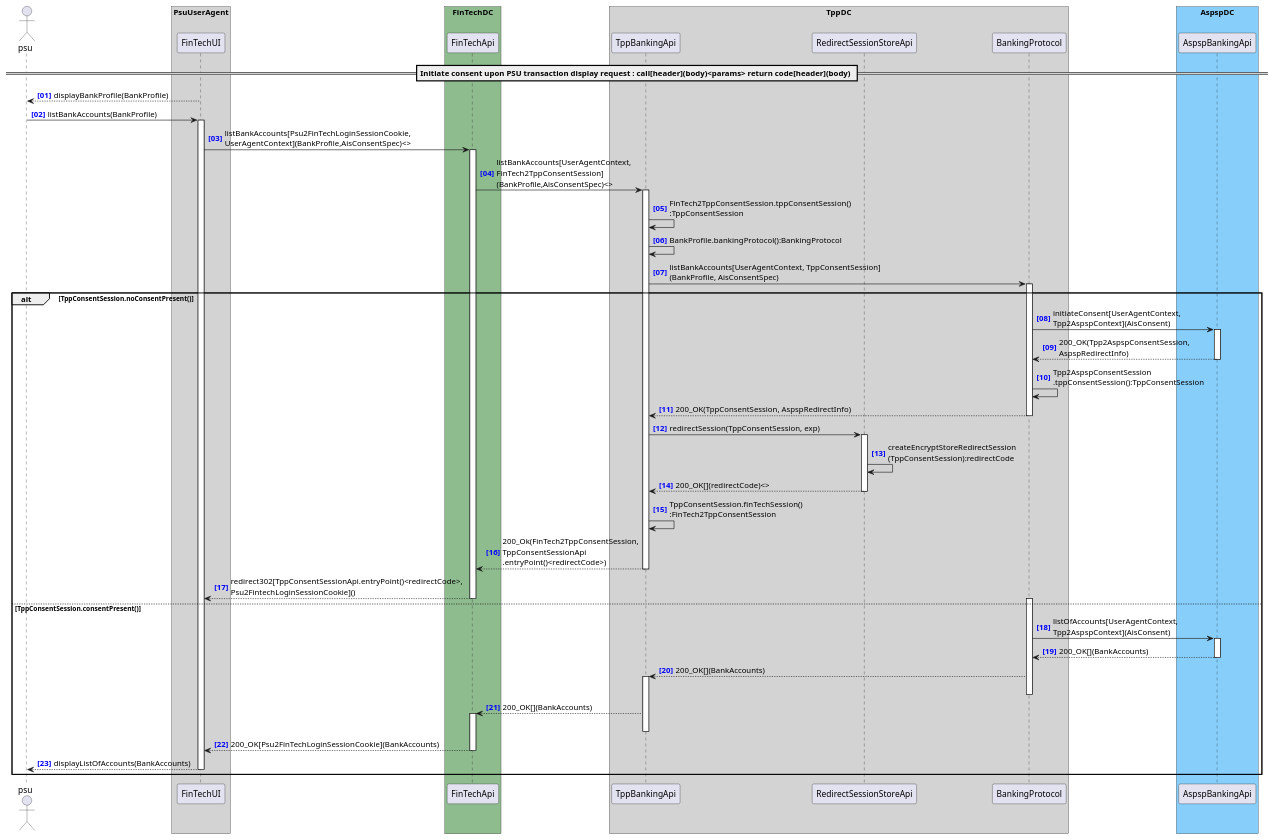
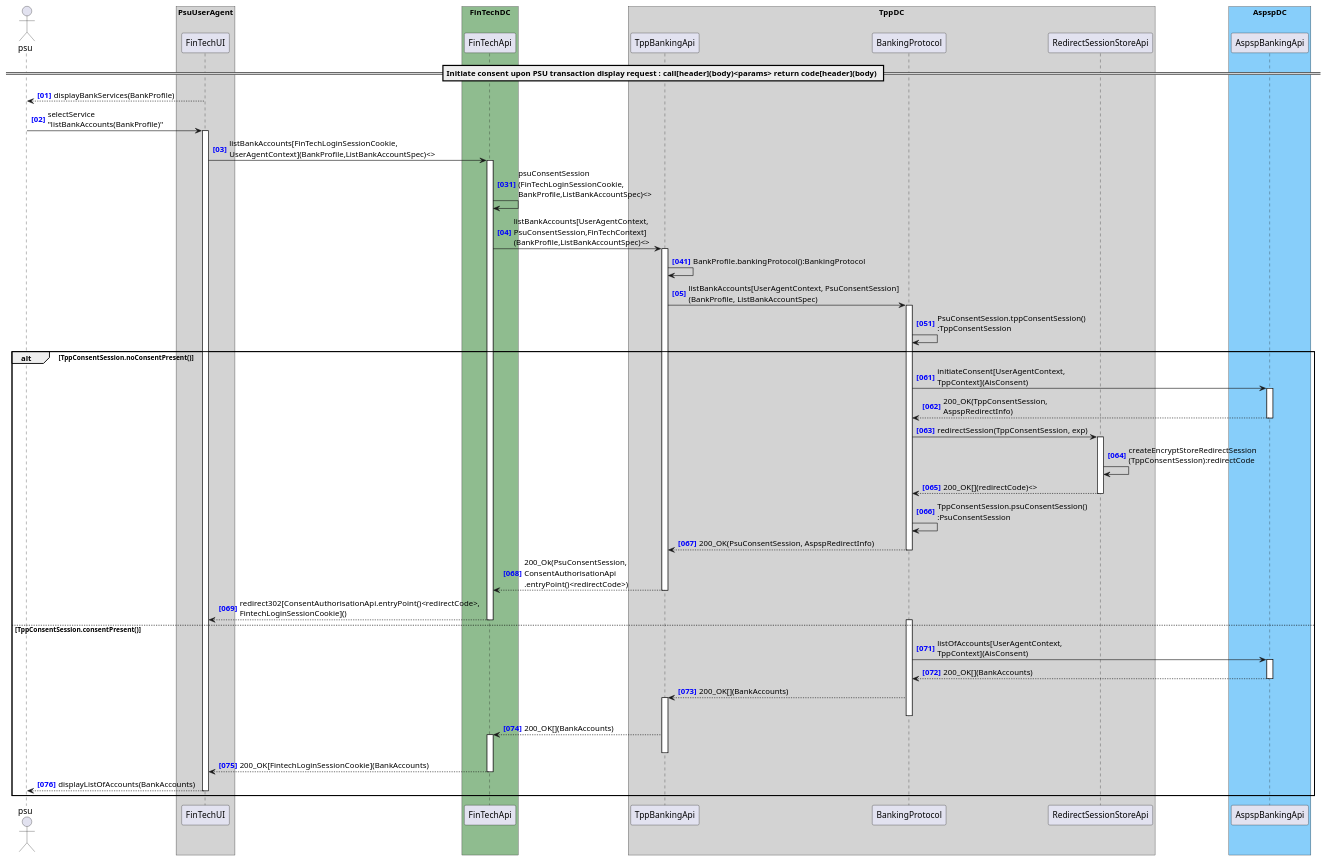
The diagram in docs/architecture/diagrams/useCases/4-initiateAisConsent.puml (adorsys/open-banking-gateway), drawn with PlantUML before and after one commit. The commit also changed 10 other files, not shown here.

```diff
--- a/docs/architecture/diagrams/useCases/4-initiateAisConsent.puml
+++ b/docs/architecture/diagrams/useCases/4-initiateAisConsent.puml
@@ -1,60 +1,67 @@
 @startuml
 
 autonumber "<b><color blue>[00]"
 actor psu
 
 box "PsuUserAgent" #LightGray
     participant "FinTechUI" as FinTechUI
-    'participant "TppConsentSessionUI" as TppConsentSessionUI
-    'participant "AspspConsentSessionUI" as AspspConsentSessionUI
+    'participant "ConsentAuthorisationUI" as ConsentAuthorisationUI
+    'participant "OnlineBankingUI" as OnlineBankingUI
 end box
 box "FinTechDC" #DarkSeaGreen
     participant "FinTechApi" as FinTechApi
 end box
 box "TppDC" #LightGray
     participant "TppBankingApi" as TppBankingApi
     'participant "TppBankSearchApi" as TppBankSearchApi
-    'participant "TppConsentSessionApi" as TppConsentSessionApi
+    'participant "ConsentAuthorisationApi" as ConsentAuthorisationApi
 
+    participant "BankingProtocol" as BankingProtocol
     participant "RedirectSessionStoreApi" as RedirectSessionStoreApi
-    participant "BankingProtocol" as BankingProtocol
 end box
 box "AspspDC" #LightSkyBlue
 	participant "AspspBankingApi" as AspspBankingApi
-    'participant "AspspConsentSessionApi" as AspspConsentSessionApi
+    'participant "OnlineBankingApi" as OnlineBankingApi
 end box
 
 == Initiate consent upon PSU transaction display request : call[header](body)<params> return code[header](body) ==
 
-FinTechUI --> psu : displayBankProfile(BankProfile)
-psu -> FinTechUI ++ : listBankAccounts(BankProfile)
-FinTechUI -> FinTechApi ++ : listBankAccounts[Psu2FinTechLoginSessionCookie,\nUserAgentContext](BankProfile,AisConsentSpec)<>
-FinTechApi -> TppBankingApi ++ : listBankAccounts[UserAgentContext,\nFinTech2TppConsentSession]\n(BankProfile,AisConsentSpec)<>
-TppBankingApi -> TppBankingApi : FinTech2TppConsentSession.tppConsentSession()\n:TppConsentSession
+FinTechUI --> psu : displayBankServices(BankProfile)
+psu -> FinTechUI ++ : selectService\n"listBankAccounts(BankProfile)"
+FinTechUI -> FinTechApi ++ : listBankAccounts[FinTechLoginSessionCookie,\nUserAgentContext](BankProfile,ListBankAccountSpec)<>
+autonumber 31 1 "<b><color blue>[000]"
+FinTechApi -> FinTechApi : psuConsentSession\n(FinTechLoginSessionCookie,\nBankProfile,ListBankAccountSpec)<>
+autonumber 4 1 "<b><color blue>[00]"
+FinTechApi -> TppBankingApi ++ : listBankAccounts[UserAgentContext,\nPsuConsentSession,FinTechContext]\n(BankProfile,ListBankAccountSpec)<>
+autonumber 41 1 "<b><color blue>[000]"
 TppBankingApi -> TppBankingApi : BankProfile.bankingProtocol():BankingProtocol
-TppBankingApi -> BankingProtocol ++ : listBankAccounts[UserAgentContext, TppConsentSession]\n(BankProfile, AisConsentSpec) 
+autonumber 5 1 "<b><color blue>[00]"
+TppBankingApi -> BankingProtocol ++ : listBankAccounts[UserAgentContext, PsuConsentSession]\n(BankProfile, ListBankAccountSpec) 
 
+autonumber 51 1 "<b><color blue>[000]"
+BankingProtocol -> BankingProtocol : PsuConsentSession.tppConsentSession()\n:TppConsentSession
 alt TppConsentSession.noConsentPresent()
-    BankingProtocol -> AspspBankingApi ++ : initiateConsent[UserAgentContext,\nTpp2AspspContext](AisConsent) 
-    return 200_OK(Tpp2AspspConsentSession,\nAspspRedirectInfo)
-    BankingProtocol -> BankingProtocol : Tpp2AspspConsentSession\n.tppConsentSession():TppConsentSession
-    return 200_OK(TppConsentSession, AspspRedirectInfo)
-    TppBankingApi -> RedirectSessionStoreApi ++ : redirectSession(TppConsentSession, exp)
+    autonumber 61 1 "<b><color blue>[000]"
+    BankingProtocol -> AspspBankingApi ++ : initiateConsent[UserAgentContext,\nTppContext](AisConsent) 
+    return 200_OK(TppConsentSession,\nAspspRedirectInfo)
+    BankingProtocol -> RedirectSessionStoreApi ++ : redirectSession(TppConsentSession, exp)
     RedirectSessionStoreApi -> RedirectSessionStoreApi : createEncryptStoreRedirectSession\n(TppConsentSession):redirectCode
     return 200_OK[](redirectCode)<>
-    TppBankingApi -> TppBankingApi : TppConsentSession.finTechSession()\n:FinTech2TppConsentSession
-    return 200_Ok(FinTech2TppConsentSession,\nTppConsentSessionApi\n.entryPoint()<redirectCode>)
-    return redirect302[TppConsentSessionApi.entryPoint()<redirectCode>,\nPsu2FintechLoginSessionCookie]()
+    BankingProtocol -> BankingProtocol : TppConsentSession.psuConsentSession()\n:PsuConsentSession
+    return 200_OK(PsuConsentSession, AspspRedirectInfo)
+    return 200_Ok(PsuConsentSession,\nConsentAuthorisationApi\n.entryPoint()<redirectCode>)
+    return redirect302[ConsentAuthorisationApi.entryPoint()<redirectCode>,\nFintechLoginSessionCookie]()
 else TppConsentSession.consentPresent()
+    autonumber 71 1 "<b><color blue>[000]"
     activate BankingProtocol
-    BankingProtocol -> AspspBankingApi ++ : listOfAccounts[UserAgentContext,\nTpp2AspspContext](AisConsent) 
+    BankingProtocol -> AspspBankingApi ++ : listOfAccounts[UserAgentContext,\nTppContext](AisConsent) 
     return 200_OK[](BankAccounts)
     BankingProtocol --> TppBankingApi ++: 200_OK[](BankAccounts)
     deactivate BankingProtocol
     TppBankingApi --> FinTechApi ++ : 200_OK[](BankAccounts)
     deactivate TppBankingApi
-    FinTechApi --> FinTechUI : 200_OK[Psu2FinTechLoginSessionCookie](BankAccounts)
+    FinTechApi --> FinTechUI : 200_OK[FintechLoginSessionCookie](BankAccounts)
     deactivate FinTechApi
     return displayListOfAccounts(BankAccounts)
 end
 @enduml
```
